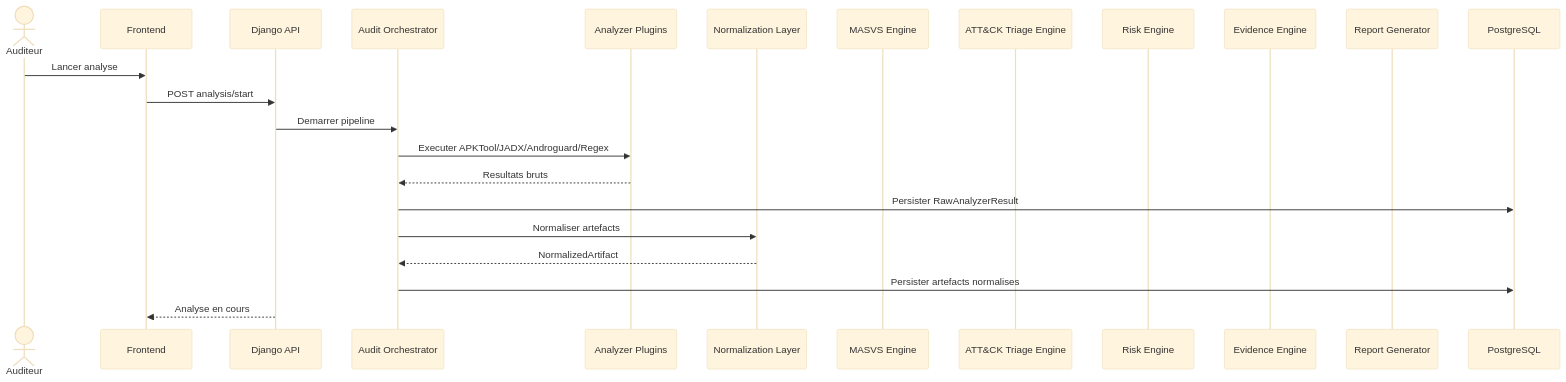
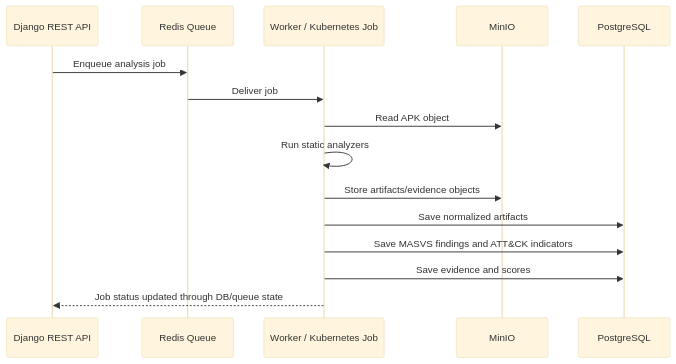
One commit to nine11-tech/MSAP changed the second of 3 diagrams in docs/03_Architecture/08_UML_Sequence_Diagrams.md. Above: the diagram before and after it, drawn with Mermaid (base theme). The commit also changed other lines of this file and 44 other files, not shown here.

Commit message:
Pivot MSAP to cloud-native Kubernetes architecture

````diff
--- a/docs/03_Architecture/08_UML_Sequence_Diagrams.md
+++ b/docs/03_Architecture/08_UML_Sequence_Diagrams.md
@@ -33,26 +20,17 @@
 ```mermaid
 sequenceDiagram
-    actor U as Auditeur
-    participant FE as Frontend
-    participant API as Django API
-    participant ORCH as Audit Orchestrator
-    participant PLUG as Analyzer Plugins
-    participant NORM as Normalization Layer
-    participant MASVS as MASVS Engine
-    participant ATTCK as ATT&CK Triage Engine
-    participant RISK as Risk Engine
-    participant EVID as Evidence Engine
-    participant REP as Report Generator
+    participant API as Django REST API
+    participant Q as Redis Queue
+    participant W as Worker / Kubernetes Job
+    participant S3 as MinIO
     participant DB as PostgreSQL
-
-    U->>FE: Lancer analyse
-    FE->>API: POST analysis/start
-    API->>ORCH: Demarrer pipeline
-    ORCH->>PLUG: Executer APKTool/JADX/Androguard/Regex
-    PLUG-->>ORCH: Resultats bruts
-    ORCH->>DB: Persister RawAnalyzerResult
-    ORCH->>NORM: Normaliser artefacts
-    NORM-->>ORCH: NormalizedArtifact
-    ORCH->>DB: Persister artefacts normalises
-    API-->>FE: Analyse en cours
+    API->>Q: Enqueue analysis job
+    Q->>W: Deliver job
+    W->>S3: Read APK object
+    W->>W: Run static analyzers
+    W->>S3: Store artifacts/evidence objects
+    W->>DB: Save normalized artifacts
+    W->>DB: Save MASVS findings and ATT&CK indicators
+    W->>DB: Save evidence and scores
+    W-->>API: Job status updated through DB/queue state
 ```
````
